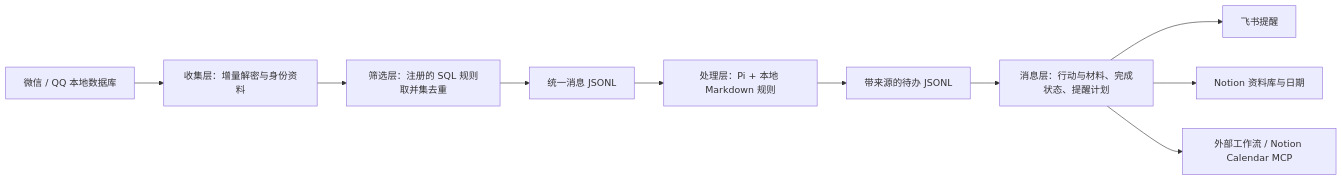
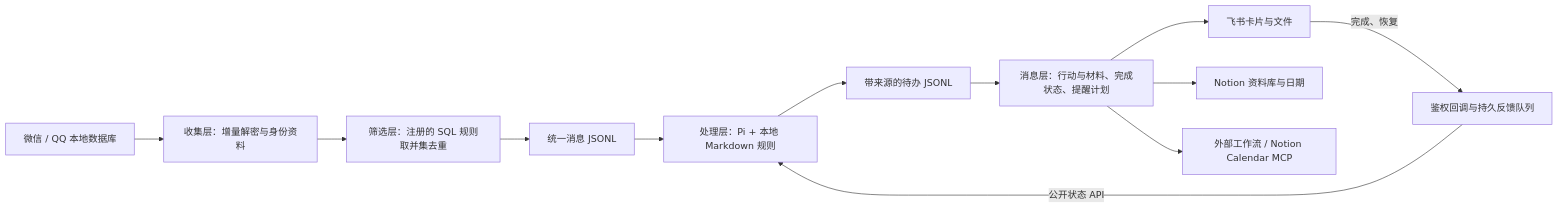
The diagram in README.md (EmberCollective/chat-collector), drawn with Mermaid before and after one commit. The commit also changed other lines of this file and 15 other files, not shown here.

````diff
--- a/README.md
+++ b/README.md
@@ -7,12 +7,14 @@
 ```mermaid
 flowchart LR
     A[微信 / QQ 本地数据库] --> B[收集层：增量解密与身份资料]
     B --> C[筛选层：注册的 SQL 规则取并集去重]
     C --> D[统一消息 JSONL]
     D --> E[处理层：Pi + 本地 Markdown 规则]
     E --> F[带来源的待办 JSONL]
     F --> G[消息层：行动与材料、完成状态、提醒计划]
-    G --> H[飞书提醒]
+    G --> H[飞书卡片与文件]
     G --> I[Notion 资料库与日期]
     G --> J[外部工作流 / Notion Calendar MCP]
+    H -->|完成、恢复| K[鉴权回调与持久反馈队列]
+    K -->|公开状态 API| E
 ```
````
